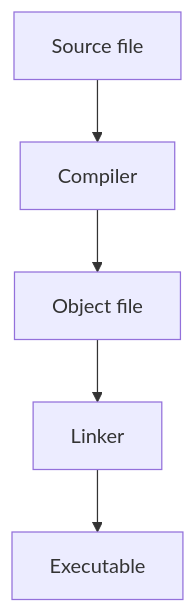
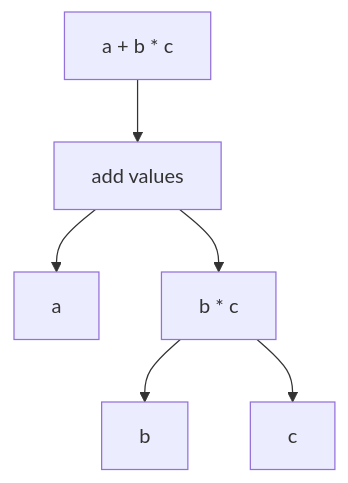
Before and after one commit to SupernovifieD/learn-cpp-for-free: the second of 7 diagrams in docs/conventions.md, drawn with Mermaid. The commit also changed other lines of this file and 2 other files, not shown here.

Commit message:
feat(theme): add diagram presets and the reader's legend

````diff
--- a/docs/conventions.md
+++ b/docs/conventions.md
@@ -269,7 +282,10 @@
 ```mermaid
 flowchart TD
-    A[Source file] --> B[Compiler]
-    B --> C[Object file]
-    C --> D[Linker]
-    D --> E[Executable]
+    accTitle: Grouping an arithmetic expression
+    accDescr: Multiplication groups b and c before addition combines that result with a.
+    total[a + b * c] --> add[add values]
+    add --> a[a]
+    add --> multiply[b * c]
+    multiply --> b[b]
+    multiply --> c[c]
 ```
````
